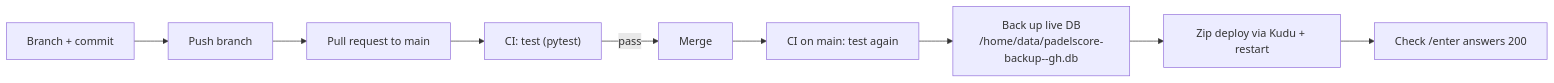
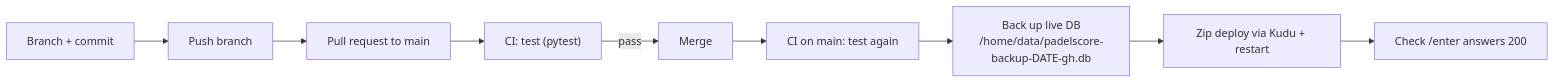
One commit to Sorrycion/PadelScore changed the diagram in docs/processes/DEPLOY.md. Above: the diagram before and after it, drawn with Mermaid.

Commit message:
Docs: no HTML-like text inside a Mermaid label

````diff
--- a/docs/processes/DEPLOY.md
+++ b/docs/processes/DEPLOY.md
@@ -7,11 +7,11 @@
 ```mermaid
 flowchart LR
     A[Branch + commit] --> B[Push branch]
     B --> C[Pull request to main]
     C --> D["CI: test (pytest)"]
     D -- pass --> E[Merge]
     E --> F["CI on main: test again"]
-    F --> G["Back up live DB<br/>/home/data/padelscore-backup-<date>-gh.db"]
+    F --> G["Back up live DB<br/>/home/data/padelscore-backup-DATE-gh.db"]
     G --> H[Zip deploy via Kudu + restart]
     H --> I["Check /enter answers 200"]
 ```
````
